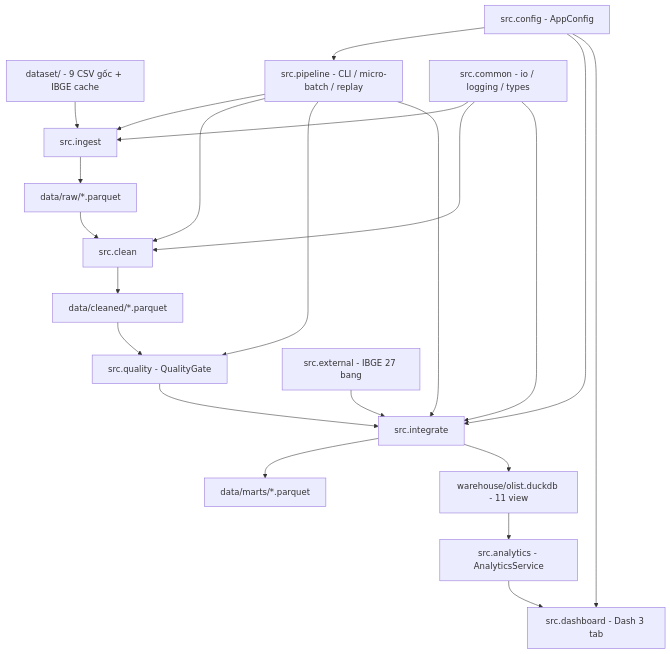
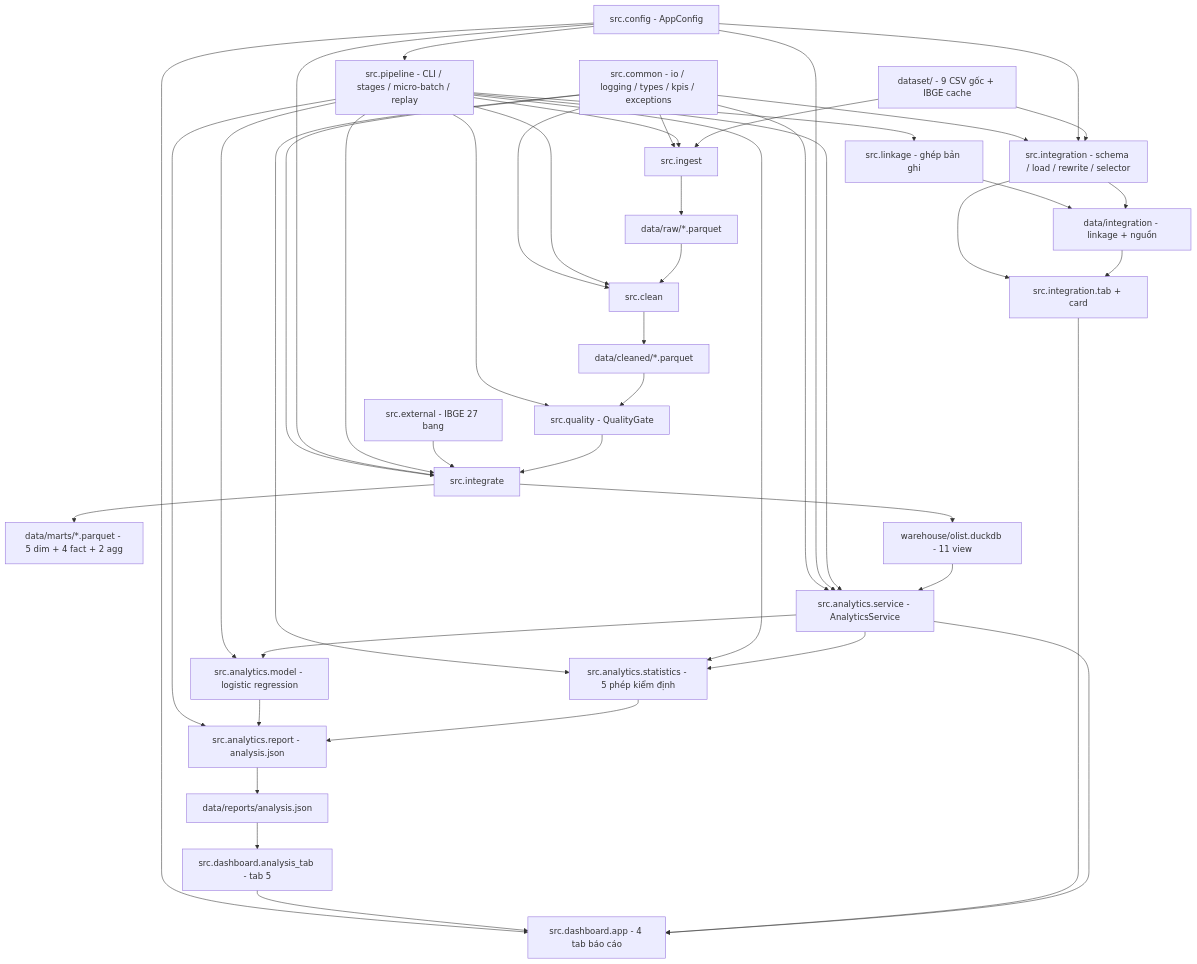
The first of 6 diagrams in aidlc/spaces/default/codekb/Tich-hop-va-xu-li-du-lieu-lon/architecture.md (dominhhiep21/IT5427), drawn with Mermaid before and after one commit. The commit also changed other lines of this file and 501 other files, not shown here.

````diff
--- a/aidlc/spaces/default/codekb/Tich-hop-va-xu-li-du-lieu-lon/architecture.md
+++ b/aidlc/spaces/default/codekb/Tich-hop-va-xu-li-du-lieu-lon/architecture.md
@@ -49,24 +83,47 @@
 ```mermaid
 flowchart TD
   CSV["dataset/ - 9 CSV gốc + IBGE cache"] --> ING["src.ingest"]
   ING --> RAW["data/raw/*.parquet"]
   RAW --> CLN["src.clean"]
   CLN --> CLEANED["data/cleaned/*.parquet"]
   CLEANED --> QG["src.quality - QualityGate"]
   QG --> INT["src.integrate"]
   EXT["src.external - IBGE 27 bang"] --> INT
-  INT --> MARTS["data/marts/*.parquet"]
+  INT --> MARTS["data/marts/*.parquet - 5 dim + 4 fact + 2 agg"]
   INT --> DDB["warehouse/olist.duckdb - 11 view"]
-  DDB --> SRV["src.analytics - AnalyticsService"]
-  SRV --> UI["src.dashboard - Dash 3 tab"]
-  PIPE["src.pipeline - CLI / micro-batch / replay"] --> ING
+  DDB --> SRV["src.analytics.service - AnalyticsService"]
+  SRV --> STATS["src.analytics.statistics - 5 phép kiểm định"]
+  SRV --> MODEL["src.analytics.model - logistic regression"]
+  STATS --> REP["src.analytics.report - analysis.json"]
+  MODEL --> REP
+  REP --> RFILE["data/reports/analysis.json"]
+  RFILE --> UI5["src.dashboard.analysis_tab - tab 5"]
+  SRV --> UI["src.dashboard.app - 4 tab báo cáo"]
+  CSV --> IG["src.integration - schema / load / rewrite / selector"]
+  IG --> IGD["data/integration - linkage + nguồn"]
+  LINK["src.linkage - ghép bản ghi"] --> IGD
+  IGD --> IGT["src.integration.tab + card"]
+  IG --> IGT
+  IGT --> UI
+  UI5 --> UI
+  PIPE["src.pipeline - CLI / stages / micro-batch / replay"] --> ING
   PIPE --> CLN
   PIPE --> QG
   PIPE --> INT
+  PIPE --> LINK
+  PIPE --> SRV
+  PIPE --> STATS
+  PIPE --> MODEL
+  PIPE --> REP
   CFG["src.config - AppConfig"] --> PIPE
   CFG --> INT
+  CFG --> IG
   CFG --> UI
-  COMMON["src.common - io / logging / types"] --> ING
+  CFG --> SRV
+  COMMON["src.common - io / logging / types / kpis / exceptions"] --> ING
   COMMON --> CLN
   COMMON --> INT
+  COMMON --> IG
+  COMMON --> SRV
+  COMMON --> STATS
 ```
````
